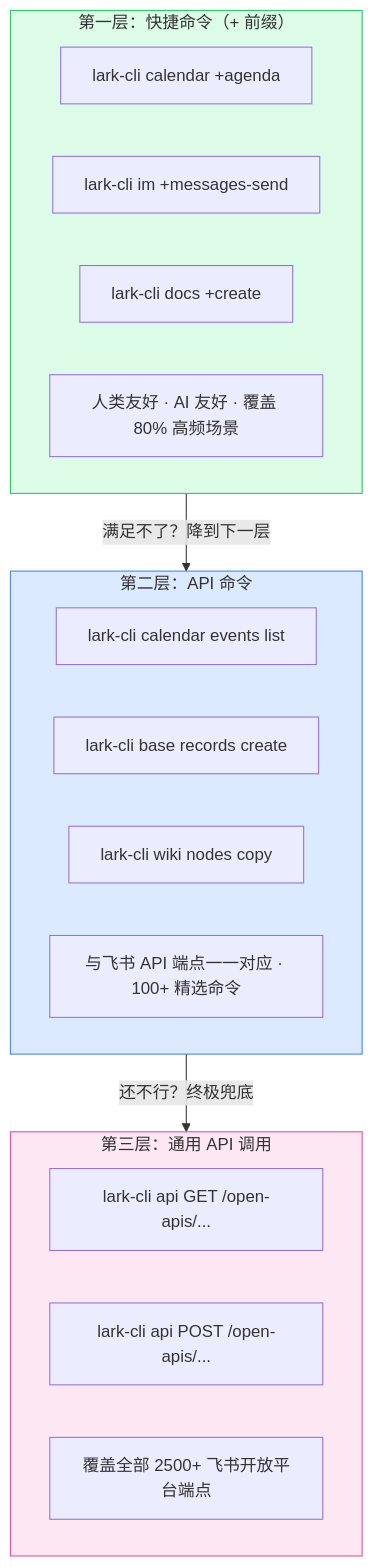
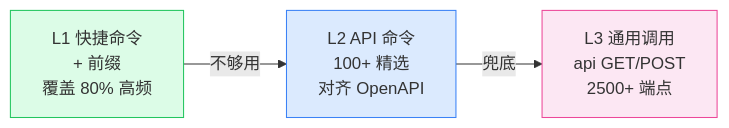
The sixth of 16 diagrams in lark-cli/index.md (ymzlsy/wiki), drawn with Mermaid before and after one commit. The commit also changed other lines of this file and 2 other files, not shown here.

First line of the commit message:
feat(lark-cli): rewrite Ch1 vs 智能伙伴/智能体 + shrink mermaid diagrams

````diff
--- a/lark-cli/index.md
+++ b/lark-cli/index.md
@@ -164,32 +247,8 @@
 ```mermaid
-flowchart TD
-    subgraph L1["第一层：快捷命令（+ 前缀）"]
-        direction LR
-        L1a["lark-cli calendar +agenda"]
-        L1b["lark-cli im +messages-send"]
-        L1c["lark-cli docs +create"]
-        L1d["人类友好 · AI 友好 · 覆盖 80% 高频场景"]
-    end
-
-    subgraph L2["第二层：API 命令"]
-        direction LR
-        L2a["lark-cli calendar events list"]
-        L2b["lark-cli base records create"]
-        L2c["lark-cli wiki nodes copy"]
-        L2d["与飞书 API 端点一一对应 · 100+ 精选命令"]
-    end
-
-    subgraph L3["第三层：通用 API 调用"]
-        direction LR
-        L3a["lark-cli api GET /open-apis/..."]
-        L3b["lark-cli api POST /open-apis/..."]
-        L3c["覆盖全部 2500+ 飞书开放平台端点"]
-    end
-
-    L1 -->|"满足不了？降到下一层"| L2
-    L2 -->|"还不行？终极兜底"| L3
-
+flowchart LR
+    L1["L1 快捷命令<br/>+ 前缀<br/>覆盖 80% 高频"] -->|不够用| L2["L2 API 命令<br/>100+ 精选<br/>对齐 OpenAPI"]
+    L2 -->|兜底| L3["L3 通用调用<br/>api GET/POST<br/>2500+ 端点"]
     style L1 fill:#dcfce7,stroke:#22c55e
     style L2 fill:#dbeafe,stroke:#3b82f6
     style L3 fill:#fce7f3,stroke:#ec4899
 ```
````
